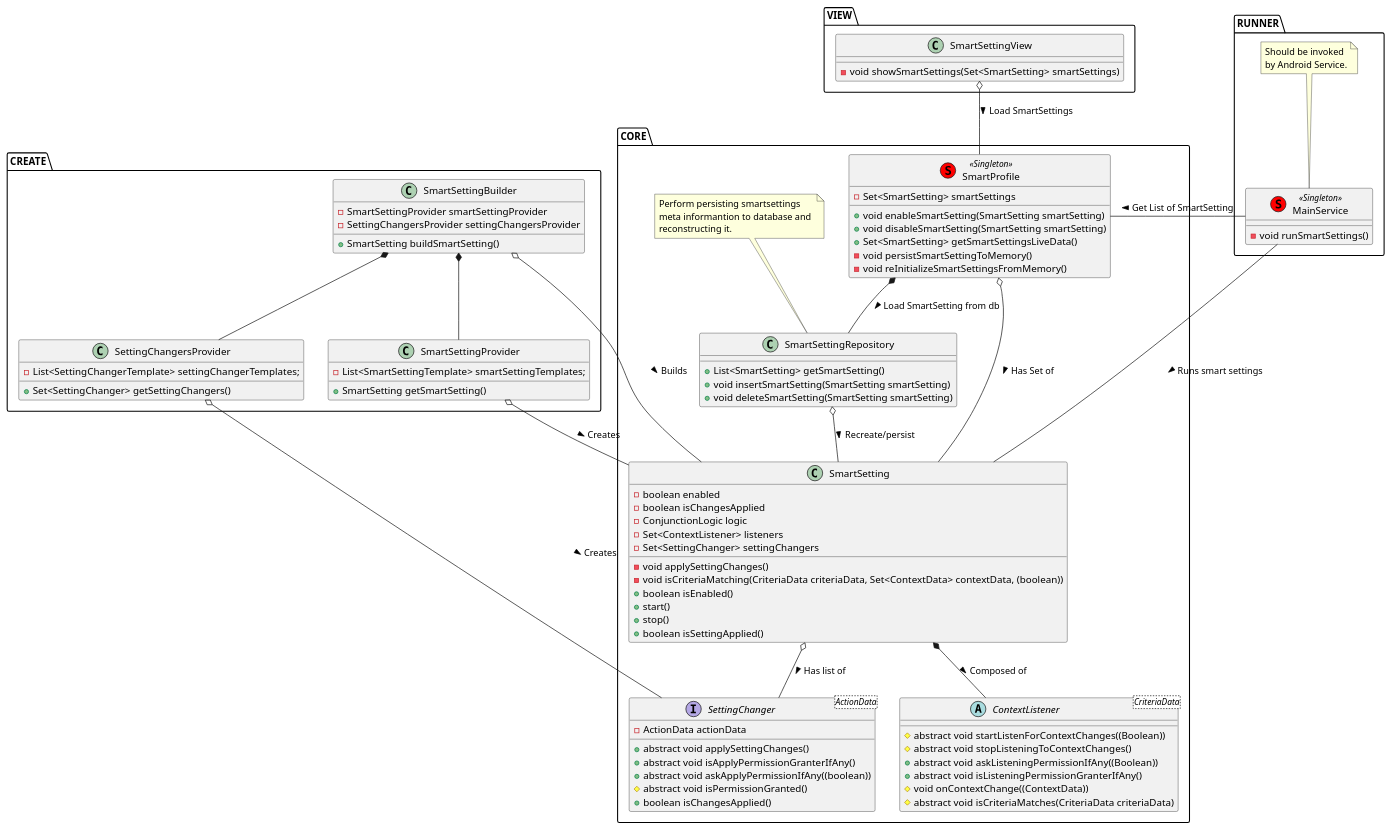
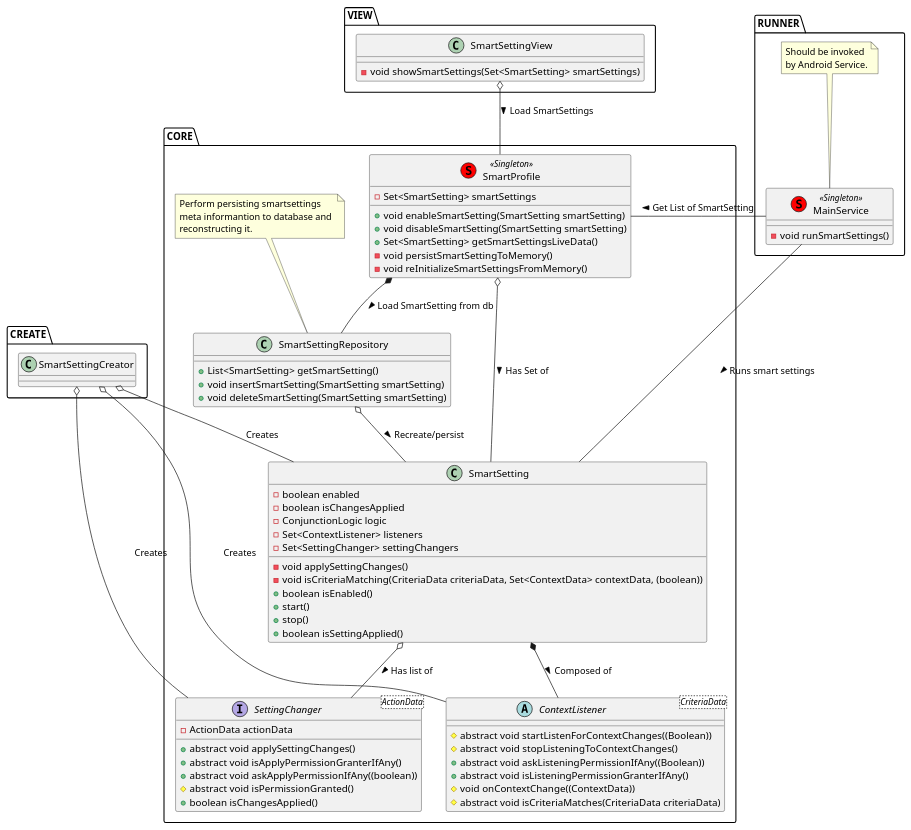
Before and after one commit to praslnx8/SmartSettings: the diagram in MDD/class_diagram.puml, drawn with PlantUML. The commit also changed 35 other files, not shown here.

Commit message:
SmartSetting Creator code added.

```diff
--- a/MDD/class_diagram.puml
+++ b/MDD/class_diagram.puml
@@ -1,112 +1,94 @@
 @startuml
 
 package CORE {
 
 abstract class ContextListener<CriteriaData> {
     # abstract void startListenForContextChanges((Boolean))
     # abstract void stopListeningToContextChanges()
     + abstract void askListeningPermissionIfAny((Boolean))
     + abstract void isListeningPermissionGranterIfAny()
     # void onContextChange((ContextData))
     # abstract void isCriteriaMatches(CriteriaData criteriaData)
 }
 
 interface SettingChanger<ActionData> {
     - ActionData actionData
     + abstract void applySettingChanges()
     + abstract void isApplyPermissionGranterIfAny()
     + abstract void askApplyPermissionIfAny((boolean))
     # abstract void isPermissionGranted()
     + boolean isChangesApplied()
 }
 
 class SmartSetting {
     - boolean enabled
     - boolean isChangesApplied
     - ConjunctionLogic logic
     - Set<ContextListener> listeners
     - Set<SettingChanger> settingChangers
     - void applySettingChanges()
     - void isCriteriaMatching(CriteriaData criteriaData, Set<ContextData> contextData, (boolean))
     + boolean isEnabled()
     + start()
     + stop()
     + boolean isSettingApplied()
 }
 
 SmartSetting *-- ContextListener : Composed of >
 SmartSetting o-- SettingChanger : Has list of >
 
 class SmartSettingRepository {
 
     + List<SmartSetting> getSmartSetting()
     + void insertSmartSetting(SmartSetting smartSetting)
     + void deleteSmartSetting(SmartSetting smartSetting)
 }
 
 note top of SmartSettingRepository : Perform persisting smartsettings \nmeta informantion to database and \nreconstructing it.
 
 SmartSettingRepository o-- SmartSetting : Recreate/persist >
 
 class SmartProfile <<(S,red) Singleton>> {
     - Set<SmartSetting> smartSettings
     + void enableSmartSetting(SmartSetting smartSetting)
     + void disableSmartSetting(SmartSetting smartSetting)
     + Set<SmartSetting> getSmartSettingsLiveData()
     - void persistSmartSettingToMemory()
     - void reInitializeSmartSettingsFromMemory()
 }
 
 SmartProfile o-- SmartSetting : Has Set of >
 SmartProfile *-- SmartSettingRepository : Load SmartSetting from db >
 }
 
-package CREATE {
-
-class SmartSettingProvider {
-    - List<SmartSettingTemplate> smartSettingTemplates;
-    + SmartSetting getSmartSetting()
-}
-
-SmartSettingProvider o-- SmartSetting : Creates >
-
-class SettingChangersProvider {
-    - List<SettingChangerTemplate> settingChangerTemplates;
-    + Set<SettingChanger> getSettingChangers()
-}
-
-SettingChangersProvider o-- SettingChanger : Creates >
-
-class SmartSettingBuilder {
-    - SmartSettingProvider smartSettingProvider
-    - SettingChangersProvider settingChangersProvider
-    + SmartSetting buildSmartSetting()
-}
-
-SmartSettingBuilder *-- SmartSettingProvider
-SmartSettingBuilder *-- SettingChangersProvider
-SmartSettingBuilder o-- SmartSetting : Builds >
-
-}
-
 package RUNNER {
 
 class MainService <<(S,red) Singleton>> {
     - void runSmartSettings()
 }
 
 note top of MainService : Should be invoked \nby Android Service.
 
 MainService - SmartSetting : Runs smart settings >
 MainService - SmartProfile : Get List of SmartSetting >
 }
 
 package VIEW {
     class SmartSettingView {
         - void showSmartSettings(Set<SmartSetting> smartSettings)
     }
 
     SmartSettingView o-- SmartProfile : Load SmartSettings >
 }
 
+package CREATE {
+
+    class SmartSettingCreator {
+    }
+
+    SmartSettingCreator o-- SmartSetting : Creates
+    SmartSettingCreator o-- SettingChanger : Creates
+    SmartSettingCreator o-- ContextListener : Creates
+}
+
 @enduml
```
